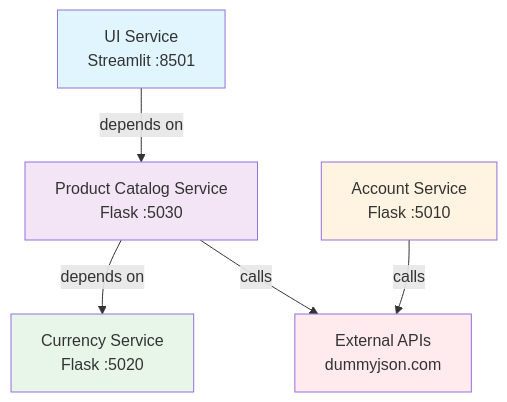
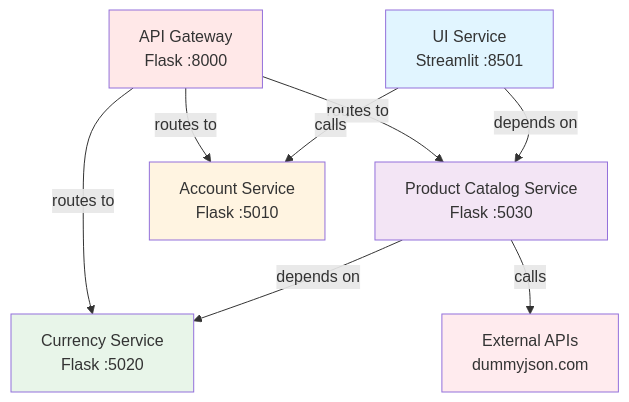
One commit to ITAKEA/Shopping_Site_Microservices changed the seventh of 7 diagrams in documentation/architecture.md. Above: the diagram before and after it, drawn with Mermaid. The commit also changed other lines of this file and 14 other files, not shown here.

````diff
--- a/documentation/architecture.md
+++ b/documentation/architecture.md
@@ -213,19 +263,24 @@
 ```mermaid
 graph TD
+    GW[API Gateway<br/>Flask :8000]
     UI[UI Service<br/>Streamlit :8501]
     PS[Product Catalog Service<br/>Flask :5030]
     CS[Currency Service<br/>Flask :5020]
     AS[Account Service<br/>Flask :5010]
     EXT[External APIs<br/>dummyjson.com]
 
+    GW -->|routes to| AS
+    GW -->|routes to| CS
+    GW -->|routes to| PS
     UI -->|depends on| PS
+    UI -->|calls| AS
     PS -->|depends on| CS
     PS -->|calls| EXT
-    AS -->|calls| EXT
 
+    style GW fill:#ffe8e8
     style UI fill:#e1f5ff
     style PS fill:#f3e5f5
     style CS fill:#e8f5e9
     style AS fill:#fff4e1
     style EXT fill:#ffebee
 ```
````
